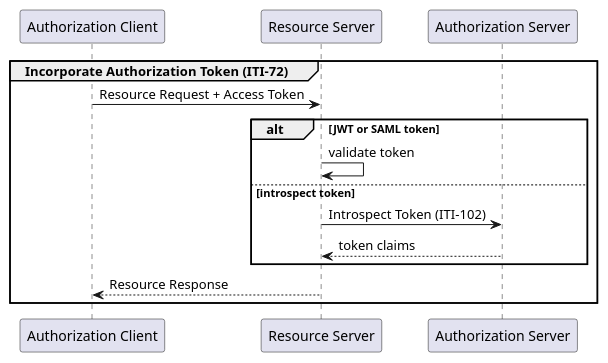
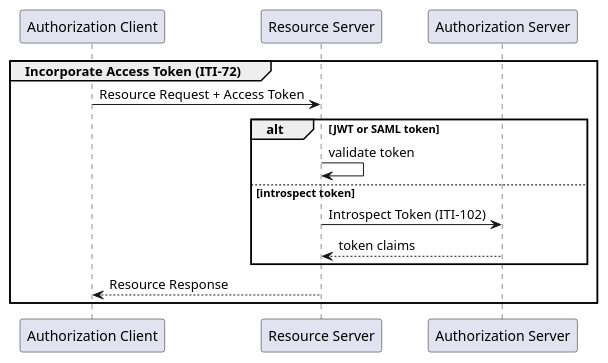
Before and after one commit to IHE/ITI.IUA: the fourth of 6 diagrams in IHE_ITI_Suppl_IUA.md, drawn with PlantUML. The commit also changed other lines of this file and 5 other files, not shown here.

Commit message:
change Authorization Token to Access Token. closes #17

````diff
--- a/IHE_ITI_Suppl_IUA.md
+++ b/IHE_ITI_Suppl_IUA.md
@@ -1121,23 +1121,23 @@
 ```plantuml
 @startuml incorporate-token
 
 participant "Authorization Client" as client
 participant "Resource Server" as rs
 participant "Authorization Server" as as
 
-group Incorporate Authorization Token (ITI-72)
+group Incorporate Access Token (ITI-72)
 
 client -> rs : Resource Request + Access Token
 
 alt JWT or SAML token
   rs -> rs: validate token
 
 else introspect token
     rs -> as : Introspect Token (ITI-102)
     as --> rs: token claims
 end
 
 client <-- rs : Resource Response  
 end  
 @enduml
 ```
````
